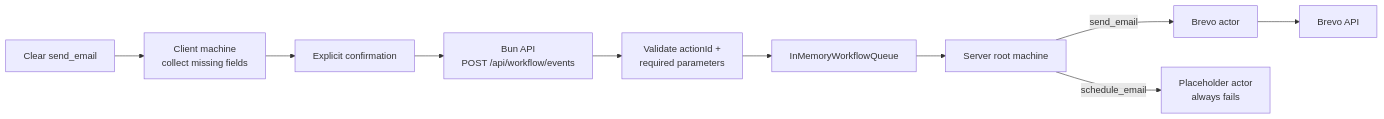
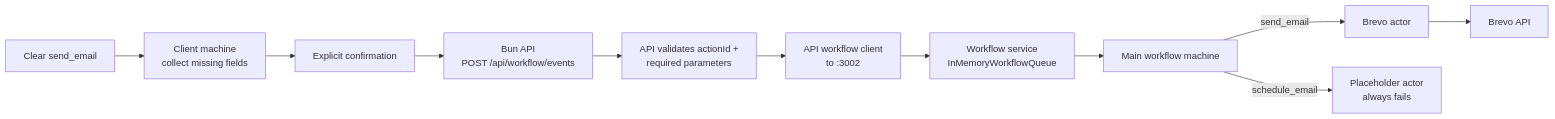
One commit to ranjitd-sys/Workflow changed the fifth of 5 diagrams in docs/ACTION_ENGINE_DIAGRAM.md. Above: the diagram before and after it, drawn with Mermaid. The commit also changed other lines of this file and 37 other files, not shown here.

Commit message:
feat:added shaparation between server client and the workflow

````diff
--- a/docs/ACTION_ENGINE_DIAGRAM.md
+++ b/docs/ACTION_ENGINE_DIAGRAM.md
@@ -191,12 +205,13 @@
 ```mermaid
 flowchart LR
   Clear["Clear send_email"] --> Collect["Client machine<br/>collect missing fields"]
   Collect --> Confirm["Explicit confirmation"]
   Confirm --> Enqueue["Bun API<br/>POST /api/workflow/events"]
-  Enqueue --> Validate["Validate actionId +<br/>required parameters"]
-  Validate --> Queue["InMemoryWorkflowQueue"]
-  Queue --> Root["Server root machine"]
-  Root -->|"send_email"| Actor["Brevo actor"]
-  Root -->|"schedule_email"| Placeholder["Placeholder actor<br/>always fails"]
+  Enqueue --> Validate["API validates actionId +<br/>required parameters"]
+  Validate --> Proxy["API workflow client<br/>to :3002"]
+  Proxy --> Queue["Workflow service<br/>InMemoryWorkflowQueue"]
+  Queue --> Main["Main workflow machine"]
+  Main -->|"send_email"| Actor["Brevo actor"]
+  Main -->|"schedule_email"| Placeholder["Placeholder actor<br/>always fails"]
   Actor --> Brevo["Brevo API"]
 ```
````
